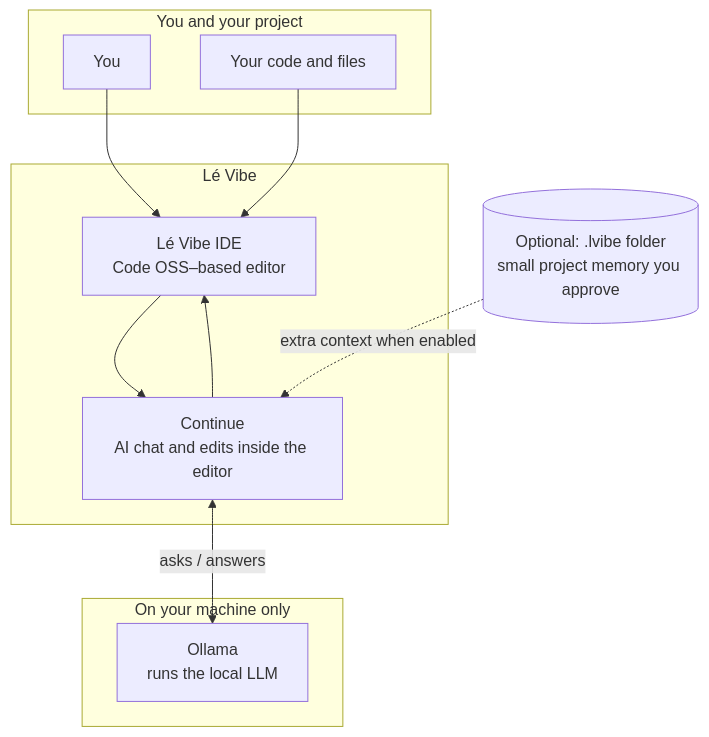
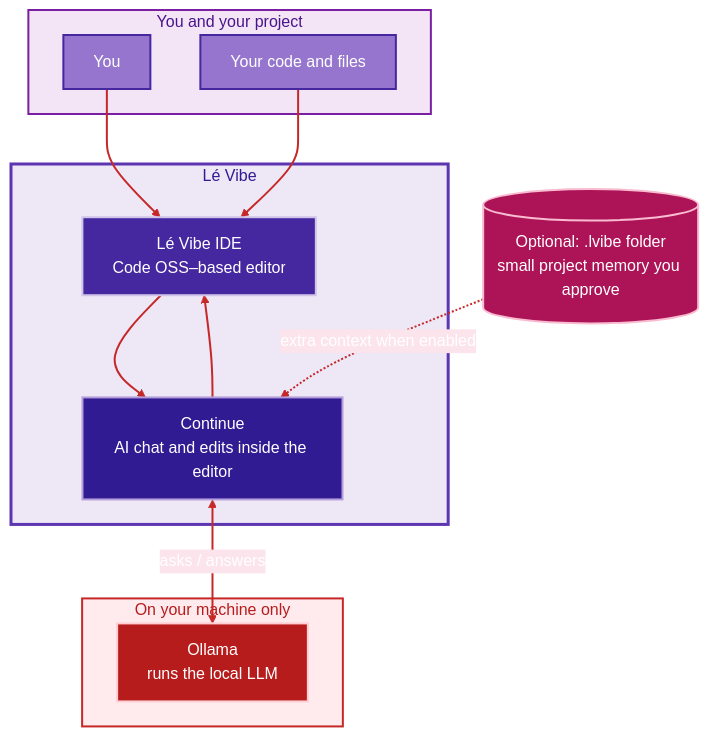
The diagram in README.md (ryan-lgtm/le-vibe), drawn with Mermaid before and after one commit. The commit also changed other lines of this file and 8 other files, not shown here.

````diff
--- a/README.md
+++ b/README.md
@@ -5,25 +5,37 @@
 ```mermaid
+%%{init: {'theme': 'base', 'themeVariables': {'primaryColor': '#4527A0', 'primaryTextColor': '#ffffff', 'primaryBorderColor': '#B39DDB', 'secondaryColor': '#FCE4EC', 'tertiaryColor': '#EDE7F6', 'lineColor': '#C62828', 'fontFamily': 'system-ui,Segoe UI,sans-serif'}}}%%
 flowchart TB
     subgraph you_and_project[You and your project]
         U[You]
         P[Your code and files]
     end
 
     subgraph lv[Lé Vibe]
         IDE[Lé Vibe IDE<br/>Code OSS–based editor]
         CO[Continue<br/>AI chat and edits inside the editor]
     end
 
     subgraph local[On your machine only]
         OL[Ollama<br/>runs the local LLM]
     end
 
     MEM[(Optional: .lvibe folder<br/>small project memory you approve)]
 
     U --> IDE
     P --> IDE
     IDE --> CO
     CO <-->|asks / answers| OL
     CO --> IDE
     MEM -.->|extra context when enabled| CO
+
+    style you_and_project fill:#F3E5F5,stroke:#7B1FA2,stroke-width:2px,color:#4A148C
+    style lv fill:#EDE7F6,stroke:#5E35B1,stroke-width:3px,color:#311B92
+    style local fill:#FFEBEE,stroke:#C62828,stroke-width:2px,color:#B71C1C
+    style U fill:#9575CD,stroke:#4527A0,stroke-width:2px,color:#fff
+    style P fill:#9575CD,stroke:#4527A0,stroke-width:2px,color:#fff
+    style IDE fill:#4527A0,stroke:#D1C4E9,stroke-width:2px,color:#fff
+    style CO fill:#311B92,stroke:#B39DDB,stroke-width:2px,color:#fff
+    style OL fill:#B71C1C,stroke:#FFCDD2,stroke-width:2px,color:#fff
+    style MEM fill:#AD1457,stroke:#F8BBD0,stroke-width:2px,color:#fff
+    linkStyle default stroke:#C62828,stroke-width:2px
 ```
````
